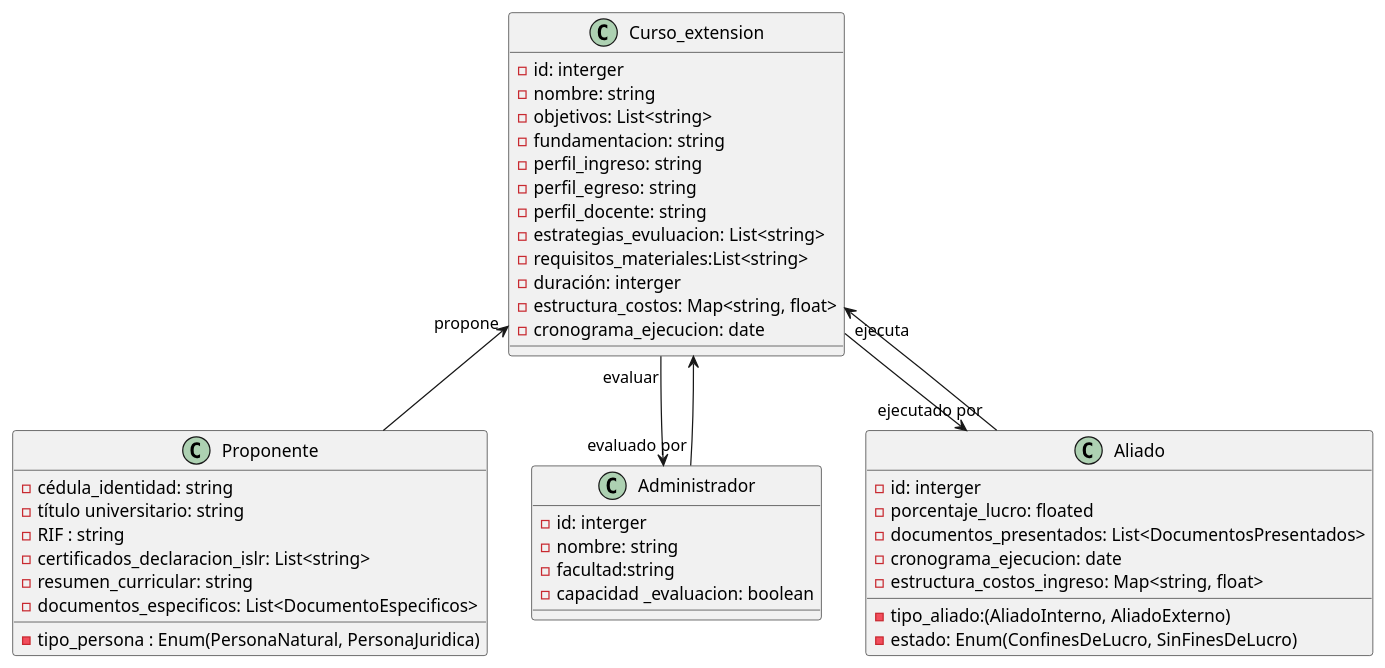
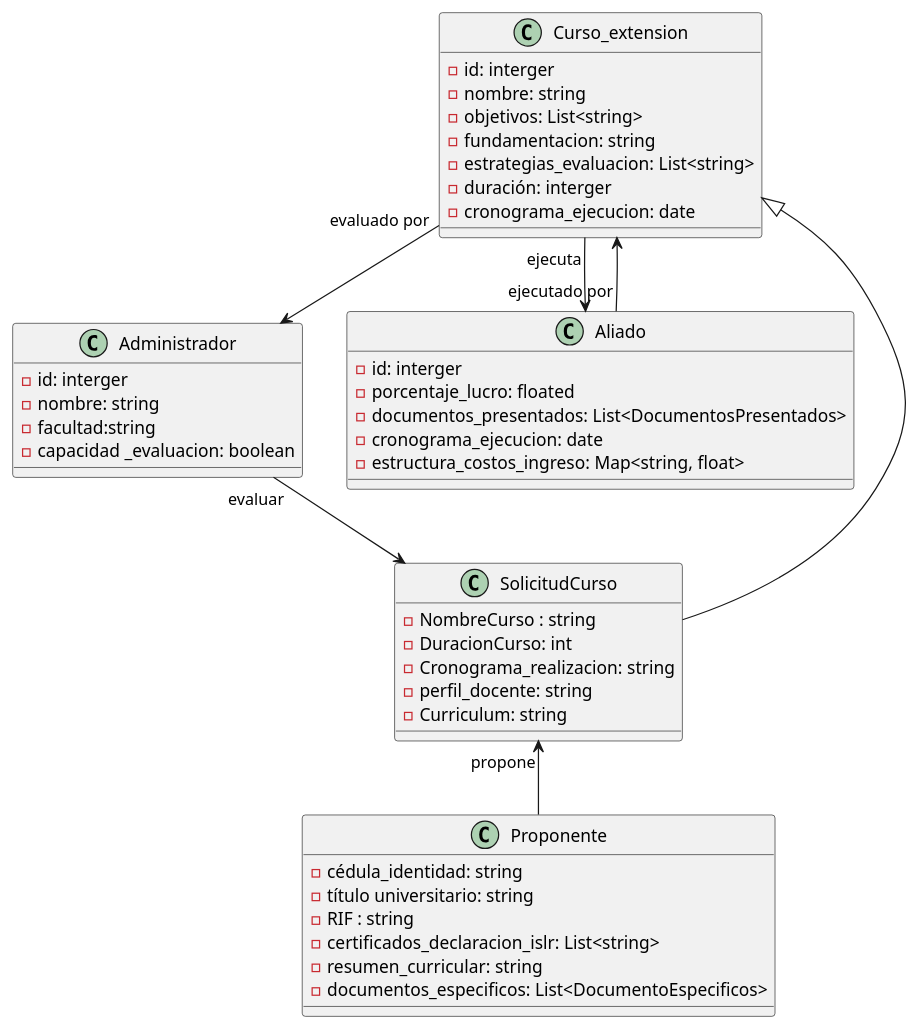
The diagram in docs/scenariosView/esbozo_clases.plantuml (JD1714/Proyecto-IS-2024), drawn with PlantUML before and after one commit.

Commit message:
Update esbozo_clases.plantuml
Se añadió nueva clase y se eliminó los metodos

```diff
--- a/docs/scenariosView/esbozo_clases.plantuml
+++ b/docs/scenariosView/esbozo_clases.plantuml
@@ -1,69 +1,67 @@
 @startuml Reto07
 /'Crear una primera versión de diagrama de clases del modelo del dominio del proyecto. Para lograr esto puede seguir los siguientes pasos:
 1.Listar a lo sumo cuatro (4) clases conceptuales candidatas
 2.Representarlas en un diagrama de clases
 3.Añadir las asociaciones necesarias para registrar las relaciones importantes
 4.Añadir los atributos necesarios para satisfacer los requisitos de información
 
 Para identificar las clases conceptuales puede utilizar alguna de las siguientes técnicas:
 1.Descripción Informal
 2.Análisis clásico
 3.Análisis del Dominio
 '/
 /'Clases conceptuales: 
 Curso de extensión: solución propuesta por la DEU, siendo estas formaciones especiales de interés general dirigidos a la ampliación del conocimiento técnico y profesional, de habilidades u oficios y hasta para el crecimiento cultural, social y personal, no conducente al reconocimiento de créditos académicos.
 Proponente: Persona natural o jurídica la cual puede proponer cursos de extensión 
 Administrador:  Representa a la DEU o a la coordinación de extensión de Facultad quienes evalúan y aprueban el curso de extensión.
 Aliado: puede proponer y ejecutar varios cursos de extensión.
+Solicitud Curso: solicitud del curso propuesto por el proponente y evaluado por el administrador
 '/
 class Curso_extension{
 - id: interger
 - nombre: string
 - objetivos: List<string>
 - fundamentacion: string
-- perfil_ingreso: string
-- perfil_egreso: string
-- perfil_docente: string
-- estrategias_evuluacion: List<string>
-- requisitos_materiales:List<string>
+- estrategias_evaluacion: List<string>
 - duración: interger
-- estructura_costos: Map<string, float>
 - cronograma_ejecucion: date
 }
 
 class Proponente {
-- tipo_persona : Enum(PersonaNatural, PersonaJuridica)
 - cédula_identidad: string
 - título universitario: string
 - RIF : string
 - certificados_declaracion_islr: List<string>
 - resumen_curricular: string
 - documentos_especificos: List<DocumentoEspecificos>
-
 }
 
 class Administrador {
 - id: interger
 - nombre: string
 - facultad:string
 - capacidad _evaluacion: boolean
-
 }
 
 class Aliado {
 - id: interger
-- tipo_aliado:(AliadoInterno, AliadoExterno)
-- estado: Enum(ConfinesDeLucro, SinFinesDeLucro)
 - porcentaje_lucro: floated
 - documentos_presentados: List<DocumentosPresentados>
 - cronograma_ejecucion: date
 - estructura_costos_ingreso: Map<string, float>
-
 }
 
-Curso_extension "propone"<-- Proponente
-Curso_extension "evaluar"--> Administrador
-Administrador "evaluado por" --> Curso_extension
+class SolicitudCurso{
+-NombreCurso : string
+-DuracionCurso: int
+-Cronograma_realizacion: string
+-perfil_docente: string
+-Curriculum: string
+}
+SolicitudCurso "propone"<-- Proponente
+Administrador "evaluar"--> SolicitudCurso
+Curso_extension "evaluado por" --> Administrador
 Curso_extension "ejecuta" --> Aliado
 Aliado "ejecutado por"--> Curso_extension
+SolicitudCurso --|> Curso_extension
 @enduml
```
